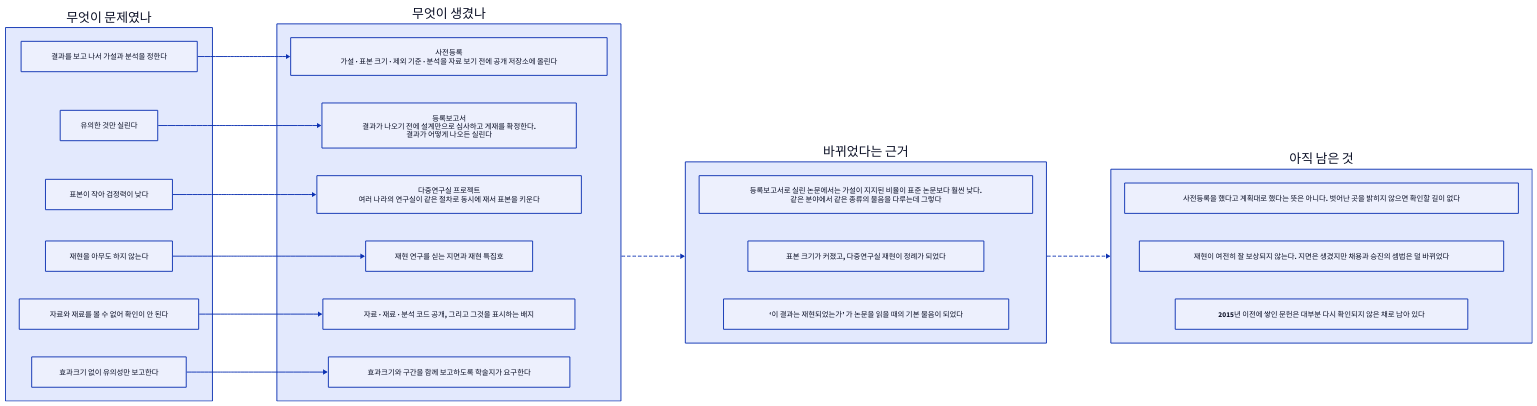
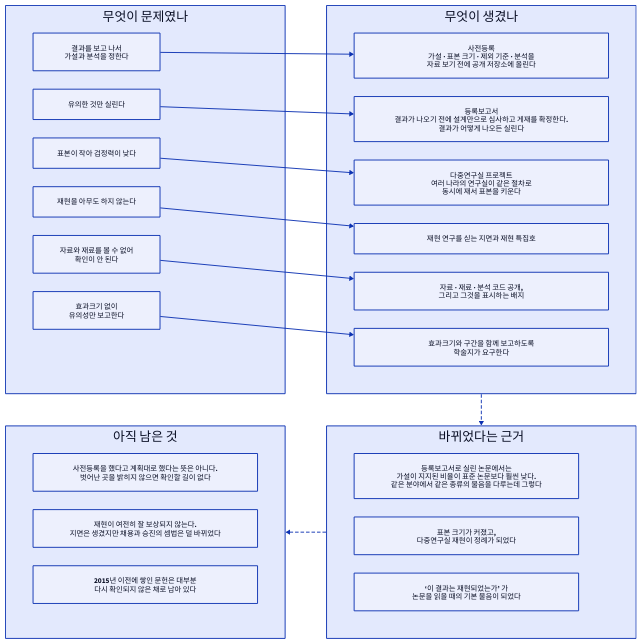
One commit to Dong-gi/Dong-gi.github.io changed the diagram in d2/psychology/psy-c-fixes.d2. Above: the diagram before and after it, drawn with D2. The commit also changed 180 other files, not shown here.

```diff
--- a/d2/psychology/psy-c-fixes.d2
+++ b/d2/psychology/psy-c-fixes.d2
@@ -1,52 +1,60 @@
 # 무엇이 실제로 바뀌었나 — 심리학 6장.
 #
 # 무엇을 읽어야 하나: 왼쪽 문제 하나마다 오른쪽 대응이 붙어 있고,
 # 그 대응이 사람의 마음가짐이 아니라 절차라는 것. 그리고 아직 안 풀린 것이 아래에 있다.
-direction: right
+#
+# 배치: 칸을 두 줄로 접었다 — 문제 → 대응 → 근거 → 남은 것 순으로 화살표를 따라 읽는다
+# (그래서 ‘남은’ 을 ‘효과’ 보다 먼저 적었다).
+direction: down
+grid-rows: 2
+grid-columns: 2
+horizontal-gap: 90
+vertical-gap: 70
 
 문제: {
   label: "무엇이 문제였나"
-  direction: down
-  p1: { label: "결과를 보고 나서 가설과 분석을 정한다" }
+  grid-columns: 1
+  p1: { label: "결과를 보고 나서\n가설과 분석을 정한다" }
   p2: { label: "유의한 것만 실린다" }
   p3: { label: "표본이 작아 검정력이 낮다" }
   p4: { label: "재현을 아무도 하지 않는다" }
-  p5: { label: "자료와 재료를 볼 수 없어 확인이 안 된다" }
-  p6: { label: "효과크기 없이 유의성만 보고한다" }
+  p5: { label: "자료와 재료를 볼 수 없어\n확인이 안 된다" }
+  p6: { label: "효과크기 없이\n유의성만 보고한다" }
 }
 
 대응: {
   label: "무엇이 생겼나"
-  direction: down
-  f1: { label: "사전등록\n가설 · 표본 크기 · 제외 기준 · 분석을 자료 보기 전에 공개 저장소에 올린다"; style.bold: true }
+  grid-columns: 1
+  f1: { label: "사전등록\n가설 · 표본 크기 · 제외 기준 · 분석을\n자료 보기 전에 공개 저장소에 올린다"; style.bold: true }
   f2: { label: "등록보고서\n결과가 나오기 전에 설계만으로 심사하고 게재를 확정한다.\n결과가 어떻게 나오든 실린다"; style.bold: true }
-  f3: { label: "다중연구실 프로젝트\n여러 나라의 연구실이 같은 절차로 동시에 재서 표본을 키운다"; style.bold: true }
+  f3: { label: "다중연구실 프로젝트\n여러 나라의 연구실이 같은 절차로\n동시에 재서 표본을 키운다"; style.bold: true }
   f4: { label: "재현 연구를 싣는 지면과 재현 특집호" }
-  f5: { label: "자료 · 재료 · 분석 코드 공개, 그리고 그것을 표시하는 배지" }
-  f6: { label: "효과크기와 구간을 함께 보고하도록 학술지가 요구한다" }
+  f5: { label: "자료 · 재료 · 분석 코드 공개,\n그리고 그것을 표시하는 배지" }
+  f6: { label: "효과크기와 구간을 함께 보고하도록\n학술지가 요구한다" }
+}
+
+남은: {
+  label: "아직 남은 것"
+  grid-columns: 1
+  x: { label: "사전등록을 했다고 계획대로 했다는 뜻은 아니다.\n벗어난 곳을 밝히지 않으면 확인할 길이 없다" }
+  y: { label: "재현이 여전히 잘 보상되지 않는다.\n지면은 생겼지만 채용과 승진의 셈법은 덜 바뀌었다" }
+  z: { label: "2015년 이전에 쌓인 문헌은 대부분\n다시 확인되지 않은 채로 남아 있다"; style.bold: true }
+}
+
+효과: {
+  label: "바뀌었다는 근거"
+  grid-columns: 1
+  a: { label: "등록보고서로 실린 논문에서는\n가설이 지지된 비율이 표준 논문보다 훨씬 낮다.\n같은 분야에서 같은 종류의 물음을 다루는데 그렇다"; style.bold: true }
+  b: { label: "표본 크기가 커졌고,\n다중연구실 재현이 정례가 되었다" }
+  c: { label: "‘이 결과는 재현되었는가’ 가\n논문을 읽을 때의 기본 물음이 되었다" }
 }
 
 문제.p1 -> 대응.f1
 문제.p2 -> 대응.f2
 문제.p3 -> 대응.f3
 문제.p4 -> 대응.f4
 문제.p5 -> 대응.f5
 문제.p6 -> 대응.f6
 
-효과: {
-  label: "바뀌었다는 근거"
-  direction: down
-  a: { label: "등록보고서로 실린 논문에서는 가설이 지지된 비율이 표준 논문보다 훨씬 낮다.\n같은 분야에서 같은 종류의 물음을 다루는데 그렇다"; style.bold: true }
-  b: { label: "표본 크기가 커졌고, 다중연구실 재현이 정례가 되었다" }
-  c: { label: "‘이 결과는 재현되었는가’ 가 논문을 읽을 때의 기본 물음이 되었다" }
-}
 대응 -> 효과: { style.stroke-dash: 3 }
-
-남은: {
-  label: "아직 남은 것"
-  direction: down
-  x: { label: "사전등록을 했다고 계획대로 했다는 뜻은 아니다. 벗어난 곳을 밝히지 않으면 확인할 길이 없다" }
-  y: { label: "재현이 여전히 잘 보상되지 않는다. 지면은 생겼지만 채용과 승진의 셈법은 덜 바뀌었다" }
-  z: { label: "2015년 이전에 쌓인 문헌은 대부분 다시 확인되지 않은 채로 남아 있다"; style.bold: true }
-}
 효과 -> 남은: { style.stroke-dash: 3 }
```
